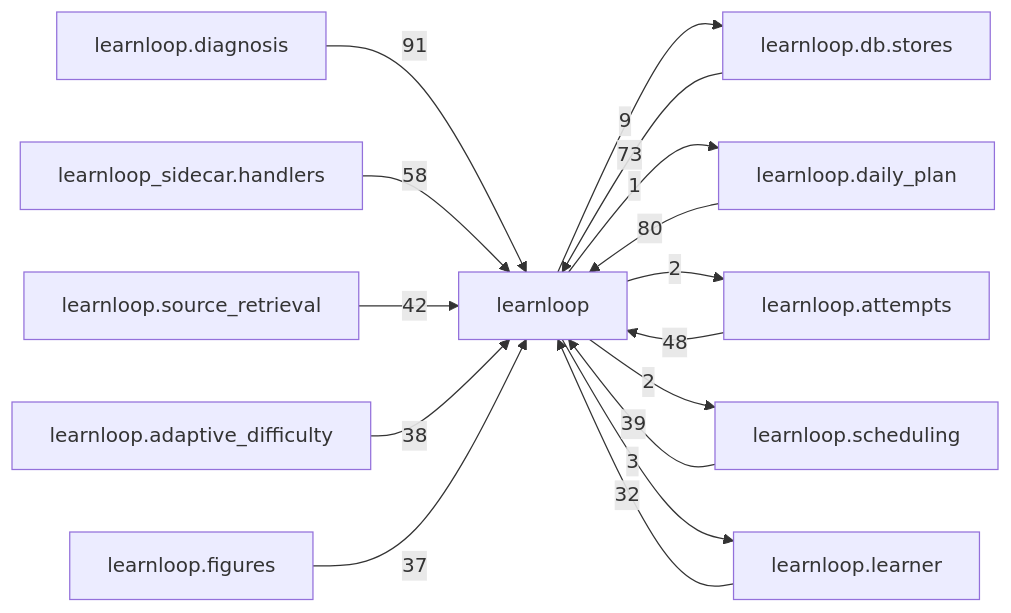
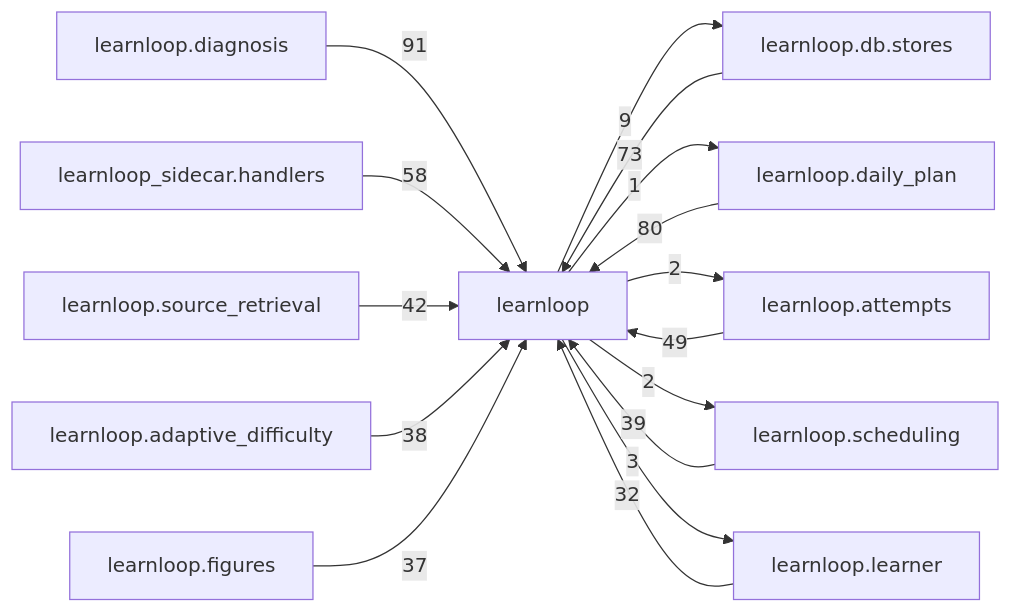
The diagram in docs/learnloop-architecture-vault/Reference/Modules/learnloop/_package.md (6up-b/learnanything), drawn with Mermaid before and after one commit. The commit also changed other lines of this file and 30 other files, not shown here.

````diff
--- a/docs/learnloop-architecture-vault/Reference/Modules/learnloop/_package.md
+++ b/docs/learnloop-architecture-vault/Reference/Modules/learnloop/_package.md
@@ -275,29 +275,29 @@
 ```mermaid
 flowchart LR
     center["learnloop"]
     n_learnloop_diagnosis["learnloop.diagnosis"]
     n_learnloop_db_stores["learnloop.db.stores"]
     n_learnloop_daily_plan["learnloop.daily_plan"]
     n_learnloop_sidecar_handlers["learnloop_sidecar.handlers"]
     n_learnloop_attempts["learnloop.attempts"]
     n_learnloop_source_retrieval["learnloop.source_retrieval"]
     n_learnloop_scheduling["learnloop.scheduling"]
     n_learnloop_adaptive_difficulty["learnloop.adaptive_difficulty"]
     n_learnloop_figures["learnloop.figures"]
     n_learnloop_learner["learnloop.learner"]
     n_learnloop_diagnosis -->|91| center
     n_learnloop_db_stores -->|73| center
     center -->|9| n_learnloop_db_stores
     n_learnloop_daily_plan -->|80| center
     center -->|1| n_learnloop_daily_plan
     n_learnloop_sidecar_handlers -->|58| center
-    n_learnloop_attempts -->|48| center
+    n_learnloop_attempts -->|49| center
     center -->|2| n_learnloop_attempts
     n_learnloop_source_retrieval -->|42| center
     n_learnloop_scheduling -->|39| center
     center -->|2| n_learnloop_scheduling
     n_learnloop_adaptive_difficulty -->|38| center
     n_learnloop_figures -->|37| center
     n_learnloop_learner -->|32| center
     center -->|3| n_learnloop_learner
 ```
````
